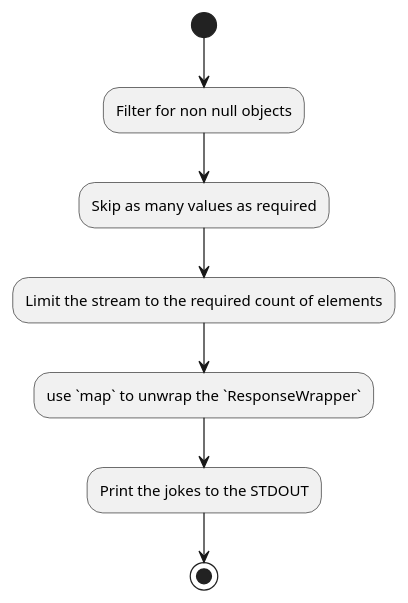
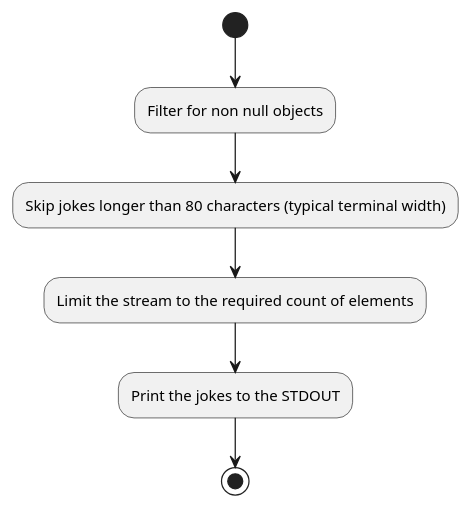
One commit to davidg-h/Software_Architecture changed the diagram in Assignment_12/12-functional-cli/assets/uml/stream-flow.plantuml. Above: the diagram before and after it, drawn with PlantUML. The commit also changed 14 other files, not shown here.

```diff
--- a/Assignment_12/12-functional-cli/assets/uml/stream-flow.plantuml
+++ b/Assignment_12/12-functional-cli/assets/uml/stream-flow.plantuml
@@ -1,10 +1,9 @@
 @startuml StreamFlow
 
 (*) --> "Filter for non null objects"
---> "Skip as many values as required"
+--> "Skip jokes longer than 80 characters (typical terminal width)"
 --> "Limit the stream to the required count of elements"
---> "use `map` to unwrap the `ResponseWrapper`"
 --> "Print the jokes to the STDOUT"
 --> (*)
 
 @enduml
```
